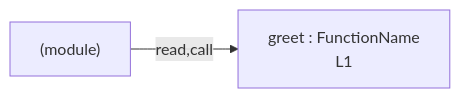
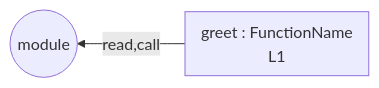
One commit to crescware/unsnarl changed the diagram in integration/fixtures/minimal-function/preview.md. Above: the diagram before and after it, drawn with Mermaid. The commit also changed 27 other files, not shown here.

First line of the commit message:
feat(mermaid): subgraphs + RL layout + dataflow arrows

````diff
--- a/integration/fixtures/minimal-function/preview.md
+++ b/integration/fixtures/minimal-function/preview.md
@@ -14,6 +14,8 @@
 ```mermaid
-flowchart LR
-  n_scope_0_greet_9["greet : FunctionName\nL1"]
-  module_root -->|read,call| n_scope_0_greet_9
-  module_root["(module)"]
+flowchart RL
+  subgraph n_scope_0_greet_9["greet : FunctionName\nL1"]
+    direction RL
+  end
+  n_scope_0_greet_9 -->|read,call| module_root
+  module_root((module))
 ```
````
